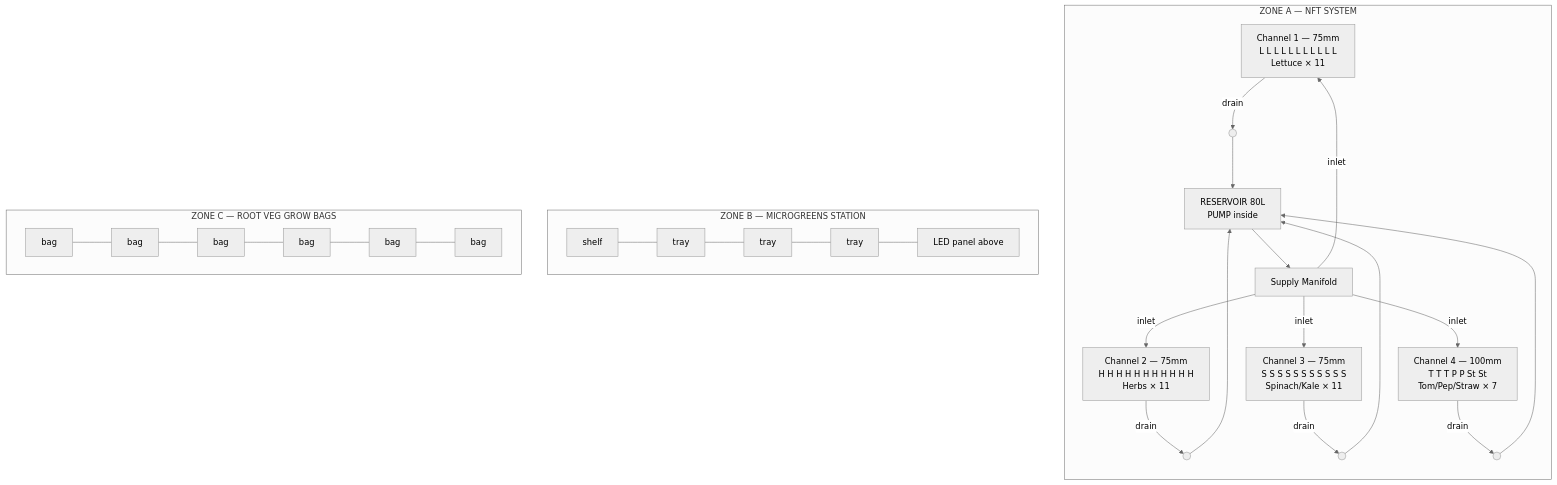
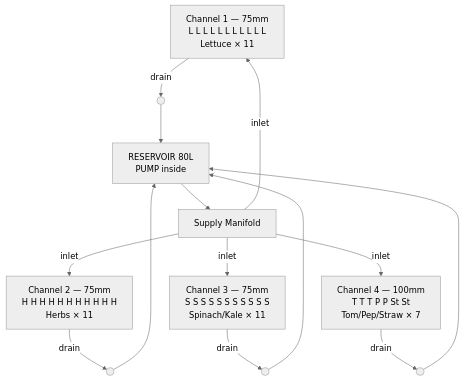
One commit to UncleJS/guide_hydroponics changed the first of 17 diagrams in guide/nft/11-build-guide.md. Above: the diagram before and after it, drawn with Mermaid (neutral theme). The commit also changed other lines of this file and 1 other file, not shown here.

Commit message:
Fix build guide overview: split 3-zone megadiagram into 3 separate diagrams
The single flowchart TD with three subgraphs was unfixable — subgraph
title text always overlaps inter-zone arrows, and removing arrows makes
zones render side-by-side horizontally at unreadable scale.

Replace with three independent labeled diagrams (one per zone), each
rendering at full width with correct proportions. Zone labels become
bold markdown headings above each diagram.

````diff
--- a/guide/nft/11-build-guide.md
+++ b/guide/nft/11-build-guide.md
@@ -82,30 +84,19 @@
 ```mermaid
-flowchart TD
-    subgraph ZA["ZONE A — NFT SYSTEM"]
-        direction TB
-        CH1["Channel 1 — 75mm<br/>L L L L L L L L L L L<br/>Lettuce × 11"]
-        CH2["Channel 2 — 75mm<br/>H H H H H H H H H H H<br/>Herbs × 11"]
-        CH3["Channel 3 — 75mm<br/>S S S S S S S S S S S<br/>Spinach/Kale × 11"]
-        CH4["Channel 4 — 100mm<br/>T T T P P St St<br/>Tom/Pep/Straw × 7"]
-        RES["RESERVOIR 80L<br/>PUMP inside"]
-        MAN["Supply Manifold"]
-        CH1 -->|drain| DH1(( ))
-        CH2 -->|drain| DH2(( ))
-        CH3 -->|drain| DH3(( ))
-        CH4 -->|drain| DH4(( ))
-        DH1 & DH2 & DH3 & DH4 --> RES
-        RES --> MAN
-        MAN -->|inlet| CH1
-        MAN -->|inlet| CH2
-        MAN -->|inlet| CH3
-        MAN -->|inlet| CH4
-    end
-    subgraph ZB["ZONE B — MICROGREENS STATION"]
-        direction LR
-        SHELF["shelf"] --- T1["tray"] --- T2["tray"] --- T3["tray"] --- LED["LED panel above"]
-    end
-    subgraph ZC["ZONE C — ROOT VEG GROW BAGS"]
-        direction LR
-        B1["bag"] --- B2["bag"] --- B3["bag"] --- B4["bag"] --- B5["bag"] --- B6["bag"]
-    end
+flowchart TB
+    CH1["Channel 1 — 75mm<br/>L L L L L L L L L L L<br/>Lettuce × 11"]
+    CH2["Channel 2 — 75mm<br/>H H H H H H H H H H H<br/>Herbs × 11"]
+    CH3["Channel 3 — 75mm<br/>S S S S S S S S S S S<br/>Spinach/Kale × 11"]
+    CH4["Channel 4 — 100mm<br/>T T T P P St St<br/>Tom/Pep/Straw × 7"]
+    RES["RESERVOIR 80L<br/>PUMP inside"]
+    MAN["Supply Manifold"]
+    CH1 -->|drain| DH1(( ))
+    CH2 -->|drain| DH2(( ))
+    CH3 -->|drain| DH3(( ))
+    CH4 -->|drain| DH4(( ))
+    DH1 & DH2 & DH3 & DH4 --> RES
+    RES --> MAN
+    MAN -->|inlet| CH1
+    MAN -->|inlet| CH2
+    MAN -->|inlet| CH3
+    MAN -->|inlet| CH4
 ```
````
